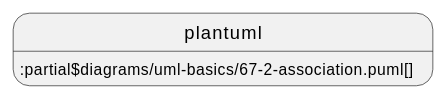
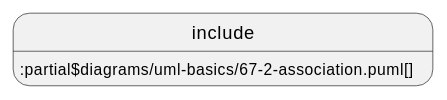
The fifth of 24 diagrams in documentation/IDTA-01001/modules/ROOT/pages/annex/uml.adoc (acplt/aas-specs), drawn with PlantUML before and after one commit. The commit also changed other lines of this file and 14 other files, not shown here.

First line of the commit message:
Revert "Use plantuml instead of include and test ./"

```diff
--- a/documentation/IDTA-01001/modules/ROOT/pages/annex/uml.adoc
+++ b/documentation/IDTA-01001/modules/ROOT/pages/annex/uml.adoc
@@ -94,4 +94,4 @@
 [plantuml, 67-2-association, svg]
 ....
-plantuml::partial$diagrams/uml-basics/67-2-association.puml[]
+include::partial$diagrams/uml-basics/67-2-association.puml[]
 ....
```
